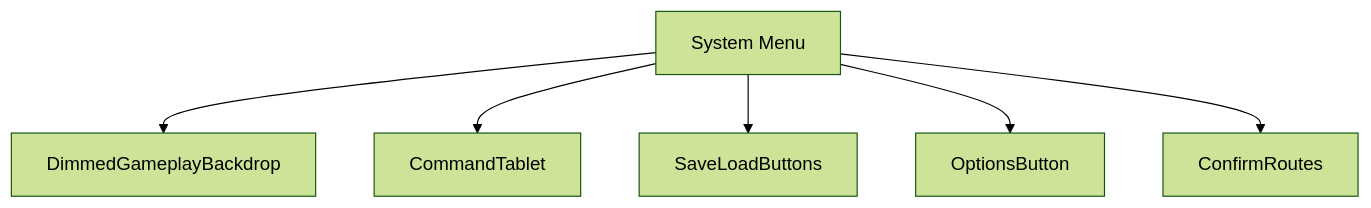
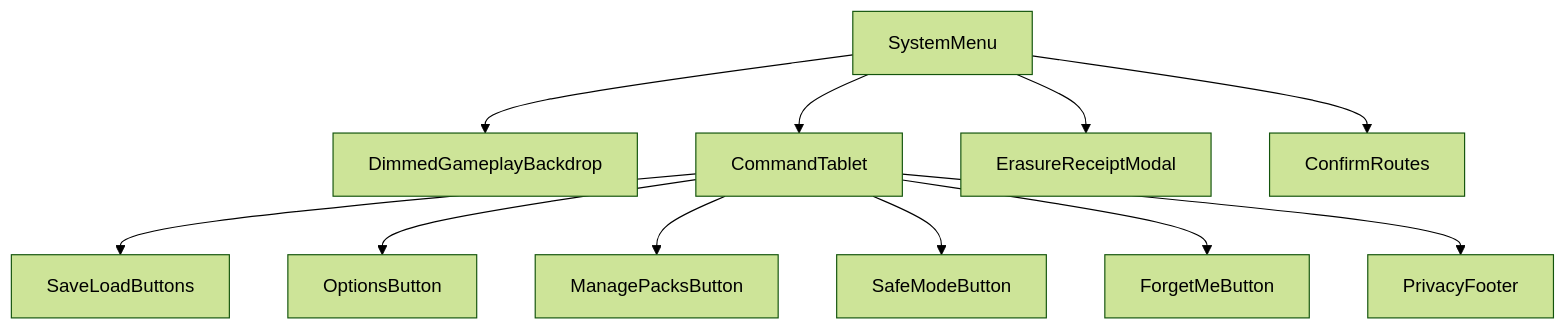
The first of 5 diagrams in docs/architecture/wiki/screens/54-system-menu/architecture.md (SunaNoOshiro/Heroes_Reforged_AI_Realms), drawn with Mermaid (forest theme) before and after one commit. The commit also changed other lines of this file and 518 other files, not shown here.

First line of the commit message:
Add doc-audit skill and sweep architecture/screen docs

````diff
--- a/docs/architecture/wiki/screens/54-system-menu/architecture.md
+++ b/docs/architecture/wiki/screens/54-system-menu/architecture.md
@@ -16,14 +26,14 @@
 ```mermaid
 flowchart TD
-  Root["System Menu"]
-  C0["DimmedGameplayBackdrop"]
-  Root --> C0
-  C1["CommandTablet"]
-  Root --> C1
-  C2["SaveLoadButtons"]
-  Root --> C2
-  C3["OptionsButton"]
-  Root --> C3
-  C4["ConfirmRoutes"]
-  Root --> C4
+  Root["SystemMenu"]
+  Root --> C0["DimmedGameplayBackdrop"]
+  Root --> C1["CommandTablet"]
+  C1 --> C2["SaveLoadButtons"]
+  C1 --> C3["OptionsButton"]
+  C1 --> C4["ManagePacksButton"]
+  C1 --> C5["SafeModeButton"]
+  C1 --> C6["ForgetMeButton"]
+  C1 --> C7["PrivacyFooter"]
+  Root --> C8["ErasureReceiptModal"]
+  Root --> C9["ConfirmRoutes"]
 ```
````
